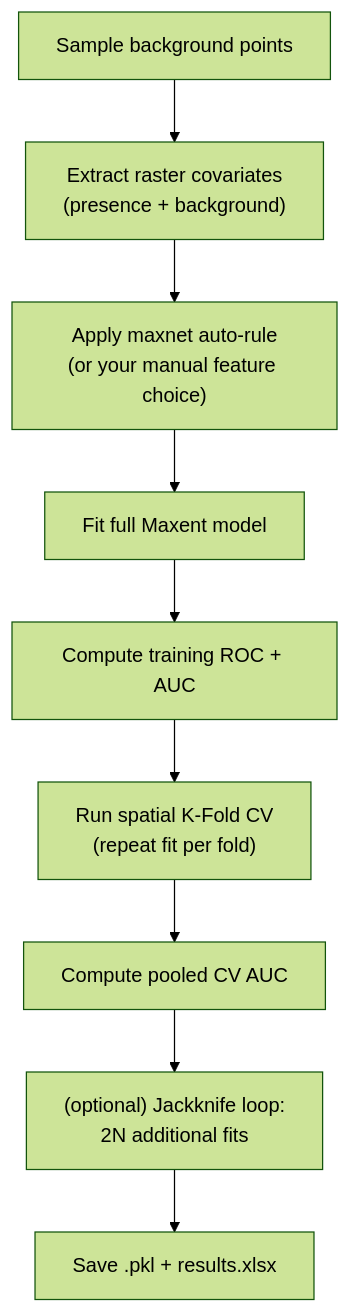
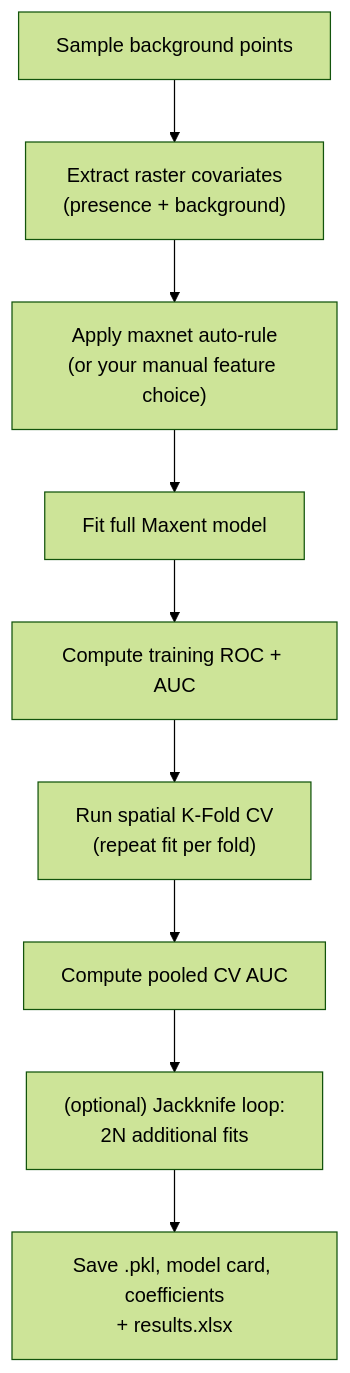
Before and after one commit to osgeokr/qmaxent: the diagram in manual/docs/training-tab.md, drawn with Mermaid (forest theme). The commit also changed other lines of this file and 19 other files, not shown here.

````diff
--- a/manual/docs/training-tab.md
+++ b/manual/docs/training-tab.md
@@ -15,11 +15,11 @@
 ```mermaid
 flowchart TD
     A["Sample background points"] --> B["Extract raster covariates<br/>(presence + background)"]
     B --> C["Apply maxnet auto-rule<br/>(or your manual feature choice)"]
     C --> D["Fit full Maxent model"]
     D --> E["Compute training ROC + AUC"]
     E --> F["Run spatial K-Fold CV<br/>(repeat fit per fold)"]
     F --> G["Compute pooled CV AUC"]
     G --> H["(optional) Jackknife loop:<br/>2N additional fits"]
-    H --> I["Save .pkl + results.xlsx"]
+    H --> I["Save .pkl, model card, coefficients<br/>+ results.xlsx"]
 ```
````
